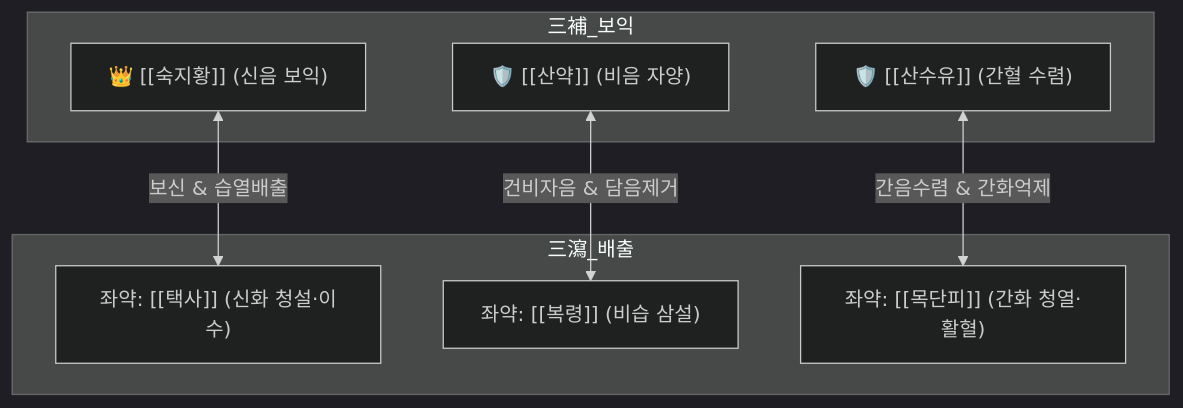
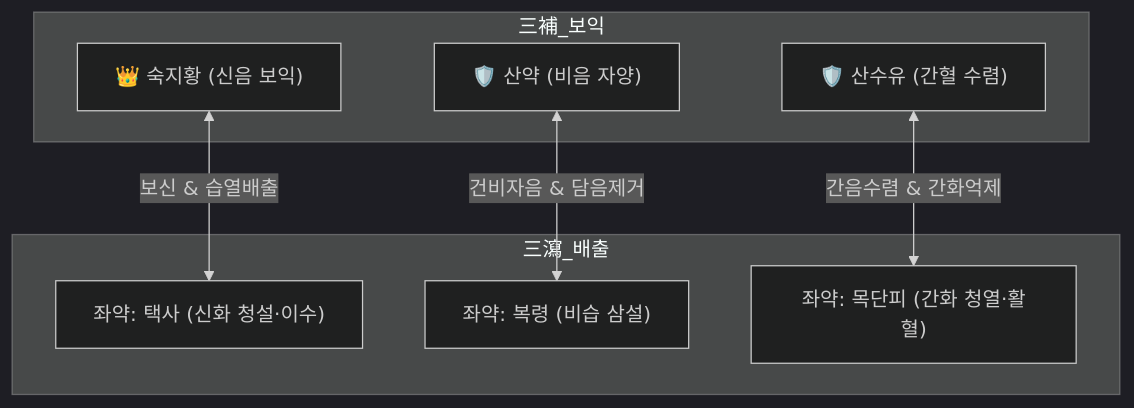
One commit to simbio11/simbio-digital-garden2 changed the diagram in content/2. 약리 공부/처방/02_보익제/육미지황탕.md. Above: the diagram before and after it, drawn with Mermaid (dark theme). The commit also changed other lines of this file and 323 other files, not shown here.

````diff
--- a/content/2. 약리 공부/처방/02_보익제/육미지황탕.md
+++ b/content/2. 약리 공부/처방/02_보익제/육미지황탕.md
@@ -49,16 +51,16 @@
 ```mermaid
 graph TD
     subgraph 三補_보익
-        SJH["👑 [[숙지황]] (신음 보익)"]
-        SSY["🛡️ [[산수유]] (간혈 수렴)"]
-        SY["🛡️ [[산약]] (비음 자양)"]
+        SJH["👑 숙지황 (신음 보익)"]
+        SSY["🛡️ 산수유 (간혈 수렴)"]
+        SY["🛡️ 산약 (비음 자양)"]
     end
     subgraph 三瀉_배출
-        TS["좌약: [[택사]] (신화 청설·이수)"]
-        BL["좌약: [[복령]] (비습 삼설)"]
-        MDP["좌약: [[목단피]] (간화 청열·활혈)"]
+        TS["좌약: 택사 (신화 청설·이수)"]
+        BL["좌약: 복령 (비습 삼설)"]
+        MDP["좌약: 목단피 (간화 청열·활혈)"]
     end
     SJH <-->|보신 & 습열배출| TS
     SSY <-->|간음수렴 & 간화억제| MDP
     SY <-->|건비자음 & 담음제거| BL
 ```
````
